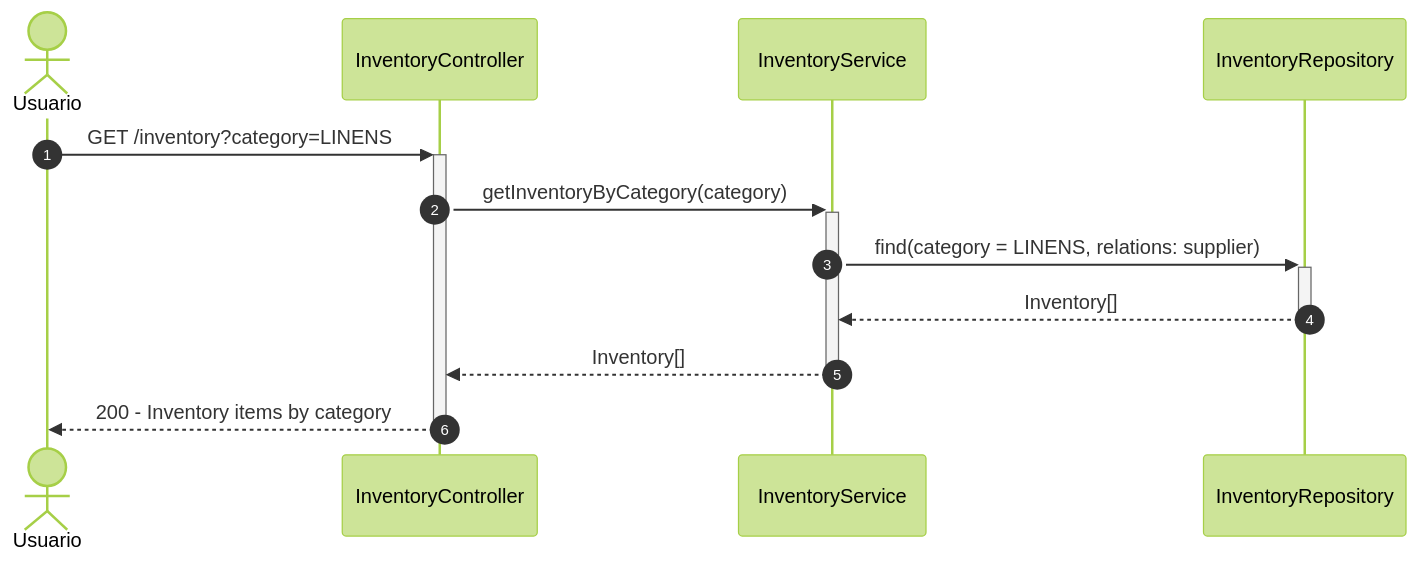
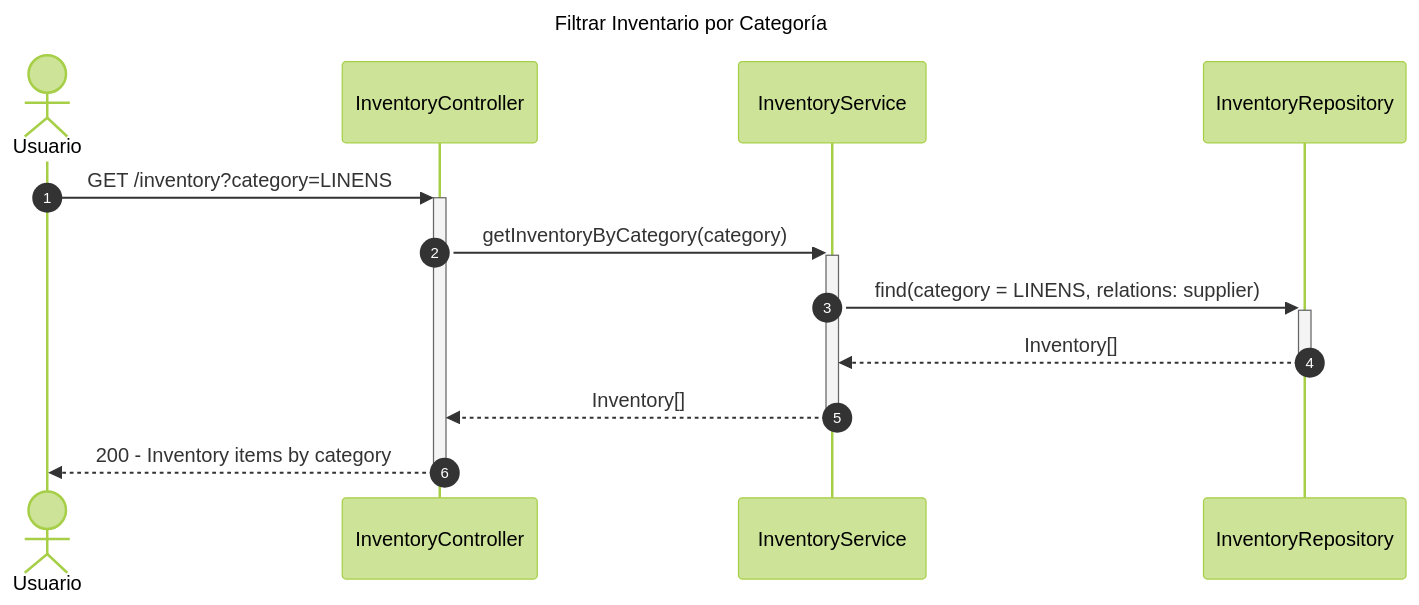
The fifth of 8 diagrams in diagrams/sequence/inventory-sequence-diagram.md (Nick220505/hotelier-backend), drawn with Mermaid (forest theme) before and after one commit. The commit also changed other lines of this file and 5 other files, not shown here.

Commit message:
Add titles to sequence diagrams for Billing, Employees, Inventory, Reservations, Restaurant, and Users modules

````diff
--- a/diagrams/sequence/inventory-sequence-diagram.md
+++ b/diagrams/sequence/inventory-sequence-diagram.md
@@ -162,17 +174,20 @@
 ```mermaid
+---
+title: Filtrar Inventario por Categoría
+---
 sequenceDiagram
     autonumber
     actor Usuario
     participant Controller as InventoryController
     participant Service as InventoryService
     participant InventoryRepo as InventoryRepository
 
     Usuario->>+Controller: GET /inventory?category=LINENS
     Controller->>+Service: getInventoryByCategory(category)
     
     Service->>+InventoryRepo: find(category = LINENS, relations: supplier)
     InventoryRepo-->>-Service: Inventory[]
     
     Service-->>-Controller: Inventory[]
     Controller-->>-Usuario: 200 - Inventory items by category
 ```
````
